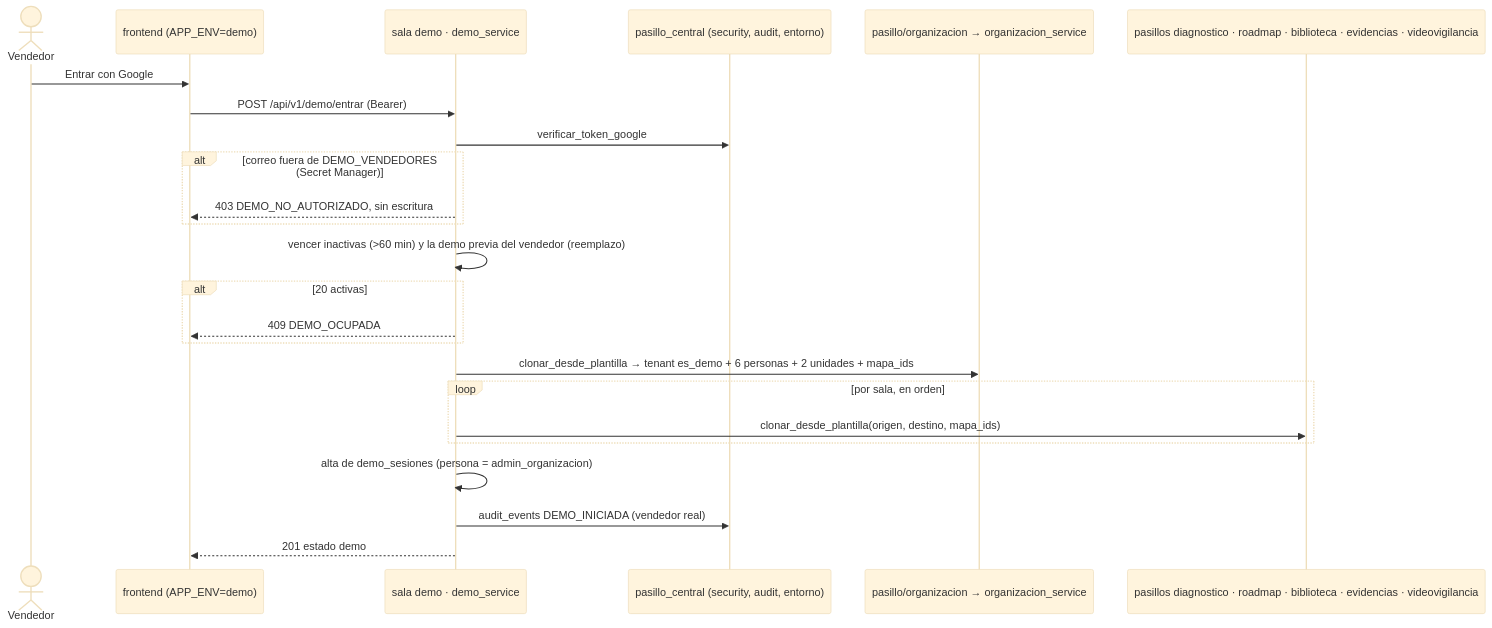
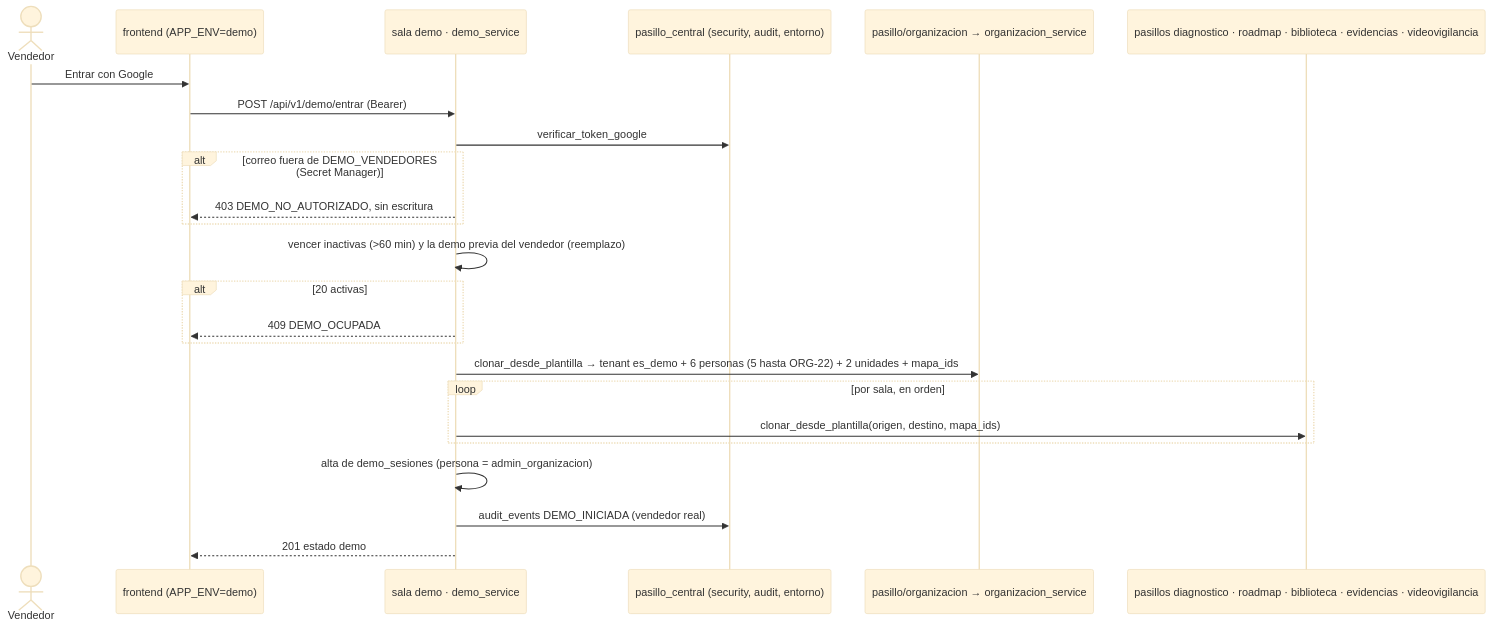
The first of 3 diagrams in governance/apoyo/FLUJOS_Y_MATRIZ_DEMO_EVYDENTIA.md (jucaprosi/data-privacy-compliance-lopdp), drawn with Mermaid (base theme) before and after one commit. The commit also changed other lines of this file and 5 other files, not shown here.

Commit message:
chore(gobernanza): DEMO-03 con cinco personas (CTO); ORG-22 asume test_demo_siembra y migración de expansión; ficha ORG-23; FLUJOS §1.2 anota el auditor

````diff
--- a/governance/apoyo/FLUJOS_Y_MATRIZ_DEMO_EVYDENTIA.md
+++ b/governance/apoyo/FLUJOS_Y_MATRIZ_DEMO_EVYDENTIA.md
@@ -33,26 +33,26 @@
 ```mermaid
 sequenceDiagram
     actor V as Vendedor
     participant FE as frontend (APP_ENV=demo)
     participant D as sala demo · demo_service
     participant PC as pasillo_central (security, audit, entorno)
     participant PO as pasillo/organizacion → organizacion_service
     participant PX as pasillos diagnostico · roadmap · biblioteca · evidencias · videovigilancia
     V->>FE: Entrar con Google
     FE->>D: POST /api/v1/demo/entrar (Bearer)
     D->>PC: verificar_token_google
     alt correo fuera de DEMO_VENDEDORES (Secret Manager)
         D-->>FE: 403 DEMO_NO_AUTORIZADO, sin escritura
     end
     D->>D: vencer inactivas (>60 min) y la demo previa del vendedor (reemplazo)
     alt 20 activas
         D-->>FE: 409 DEMO_OCUPADA
     end
-    D->>PO: clonar_desde_plantilla → tenant es_demo + 6 personas + 2 unidades + mapa_ids
+    D->>PO: clonar_desde_plantilla → tenant es_demo + 6 personas (5 hasta ORG-22) + 2 unidades + mapa_ids
     loop por sala, en orden
         D->>PX: clonar_desde_plantilla(origen, destino, mapa_ids)
     end
     D->>D: alta de demo_sesiones (persona = admin_organizacion)
     D->>PC: audit_events DEMO_INICIADA (vendedor real)
     D-->>FE: 201 estado demo
 ```
````
